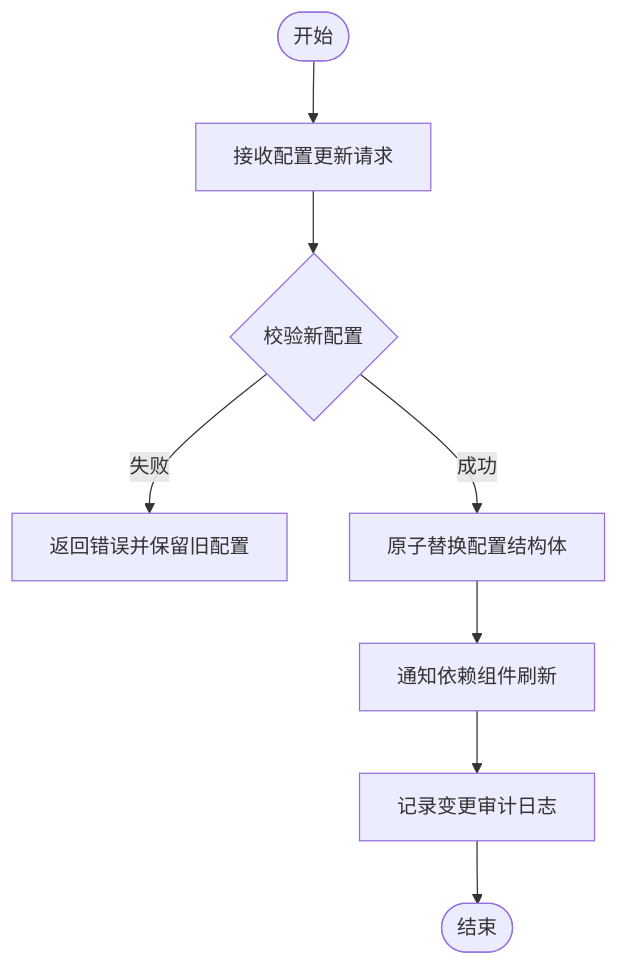
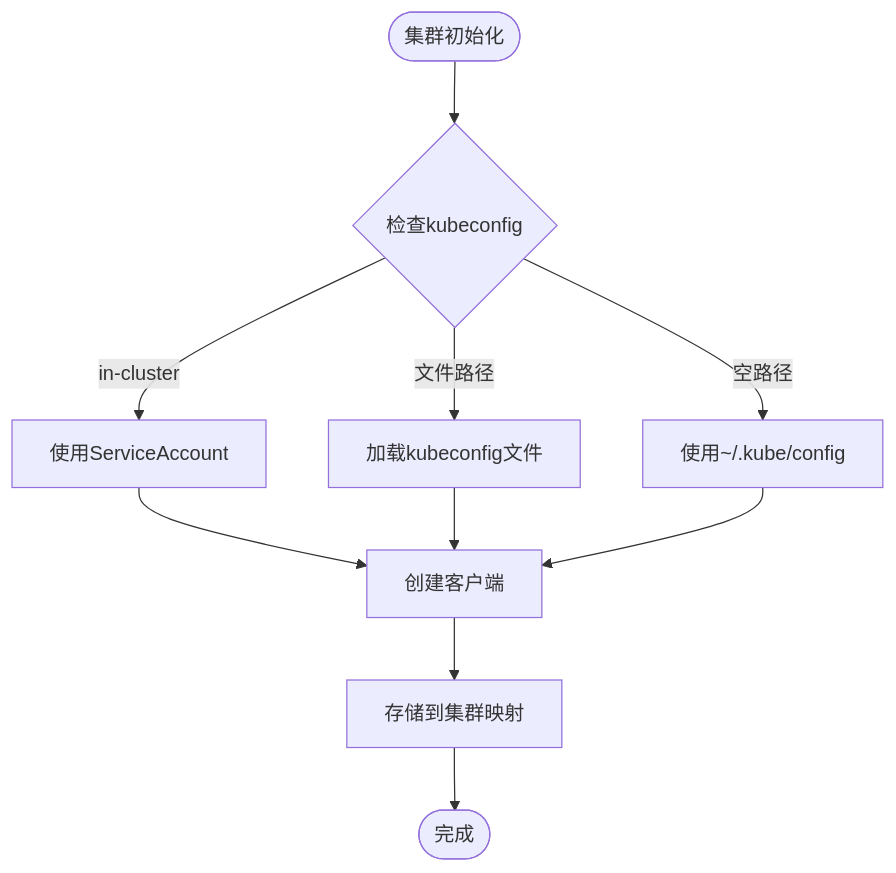
The third of 4 diagrams in .qoder/repowiki/zh/content/安装部署/配置管理.md (kudig-io/klaw), drawn with Mermaid before and after one commit. The commit also changed other lines of this file and 245 other files, not shown here.

````diff
--- a/.qoder/repowiki/zh/content/安装部署/配置管理.md
+++ b/.qoder/repowiki/zh/content/安装部署/配置管理.md
@@ -179,10 +189,12 @@
 ```mermaid
 flowchart TD
-Start(["开始"]) --> Receive["接收配置更新请求"]
-Receive --> Validate{"校验新配置"}
-Validate --> |失败| ReturnErr["返回错误并保留旧配置"]
-Validate --> |成功| Swap["原子替换配置结构体"]
-Swap --> Notify["通知依赖组件刷新"]
-Notify --> Audit["记录变更审计日志"]
-Audit --> End(["结束"])
+Start(["集群初始化"]) --> Check{"检查kubeconfig"}
+Check --> |in-cluster| InCluster["使用ServiceAccount"]
+Check --> |文件路径| FileConfig["加载kubeconfig文件"]
+Check --> |空路径| DefaultPath["使用~/.kube/config"]
+InCluster --> CreateClient["创建客户端"]
+FileConfig --> CreateClient
+DefaultPath --> CreateClient
+CreateClient --> Store["存储到集群映射"]
+Store --> End(["完成"])
 ```
````
